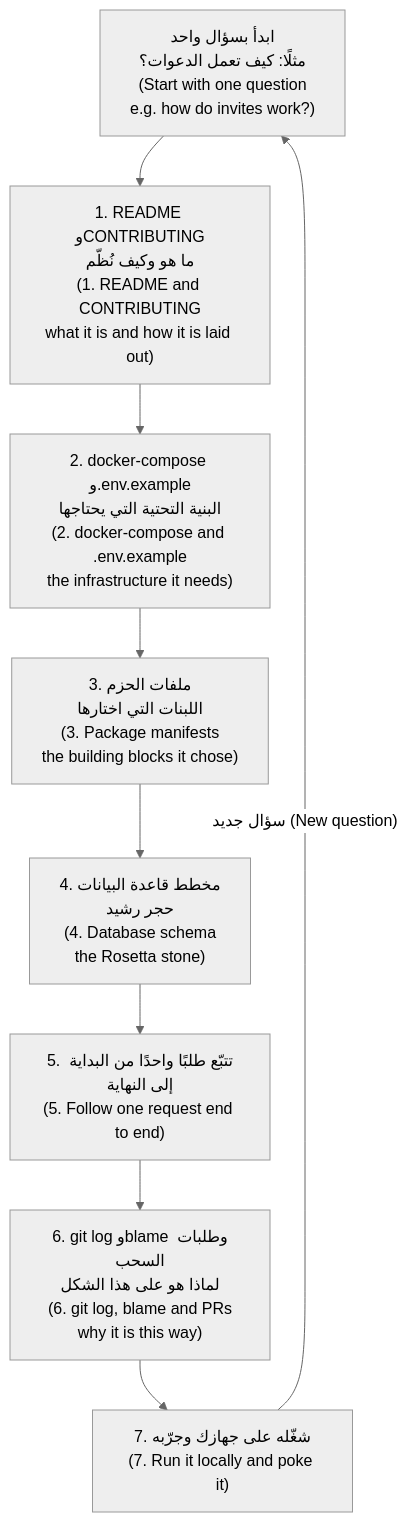
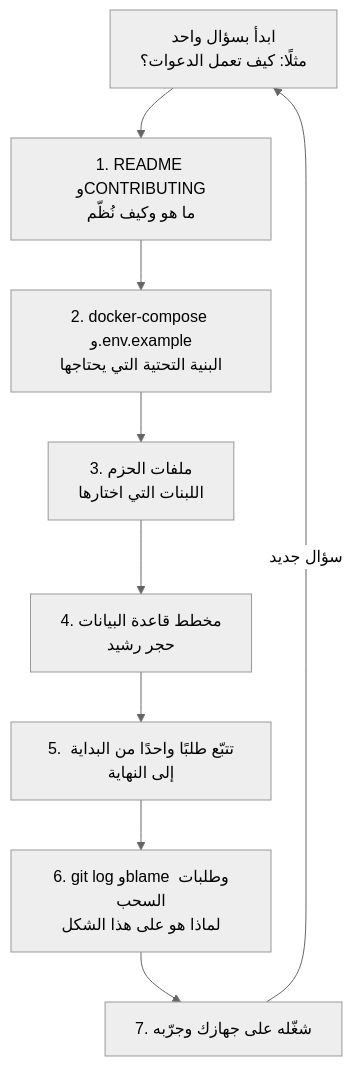
Before and after one commit to Tamoura/system-design-for-vibe-coders: the third of 4 diagrams in saas/modules/00-orientation.ar.md, drawn with Mermaid (neutral theme). The commit also changed other lines of this file and 551 other files, not shown here.

````diff
--- a/saas/modules/00-orientation.ar.md
+++ b/saas/modules/00-orientation.ar.md
@@ -309,11 +309,11 @@
 ```mermaid
 flowchart TD
-    Q["ابدأ بسؤال واحد<br/>مثلًا: كيف تعمل الدعوات؟<br/>(Start with one question<br/>e.g. how do invites work?)"] --> R["1. README وCONTRIBUTING<br/>ما هو وكيف نُظّم<br/>(1. README and CONTRIBUTING<br/>what it is and how it is laid out)"]
-    R --> I["2. docker-compose و.env.example<br/>البنية التحتية التي يحتاجها<br/>(2. docker-compose and .env.example<br/>the infrastructure it needs)"]
-    I --> P["3. ملفات الحزم<br/>اللبنات التي اختارها<br/>(3. Package manifests<br/>the building blocks it chose)"]
-    P --> S["4. مخطط قاعدة البيانات<br/>حجر رشيد<br/>(4. Database schema<br/>the Rosetta stone)"]
-    S --> F["5. تتبّع طلبًا واحدًا من البداية إلى النهاية<br/>(5. Follow one request end to end)"]
-    F --> G["6. git log وblame وطلبات السحب<br/>لماذا هو على هذا الشكل<br/>(6. git log, blame and PRs<br/>why it is this way)"]
-    G --> RUN["7. شغّله على جهازك وجرّبه<br/>(7. Run it locally and poke it)"]
-    RUN -->|"سؤال جديد (New question)"| Q
+    Q["ابدأ بسؤال واحد<br/>مثلًا: كيف تعمل الدعوات؟"] --> R["1. README وCONTRIBUTING<br/>ما هو وكيف نُظّم"]
+    R --> I["2. docker-compose و.env.example<br/>البنية التحتية التي يحتاجها"]
+    I --> P["3. ملفات الحزم<br/>اللبنات التي اختارها"]
+    P --> S["4. مخطط قاعدة البيانات<br/>حجر رشيد"]
+    S --> F["5. تتبّع طلبًا واحدًا من البداية إلى النهاية"]
+    F --> G["6. git log وblame وطلبات السحب<br/>لماذا هو على هذا الشكل"]
+    G --> RUN["7. شغّله على جهازك وجرّبه"]
+    RUN -->|"سؤال جديد"| Q
 ```
````
